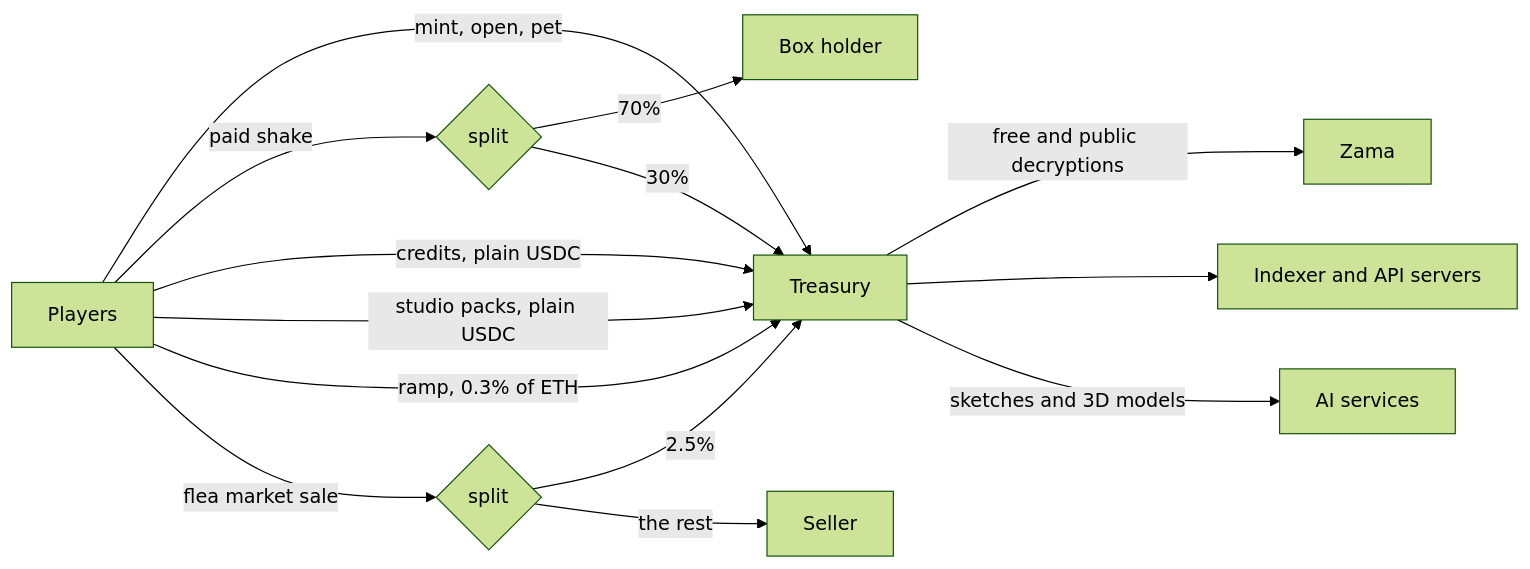
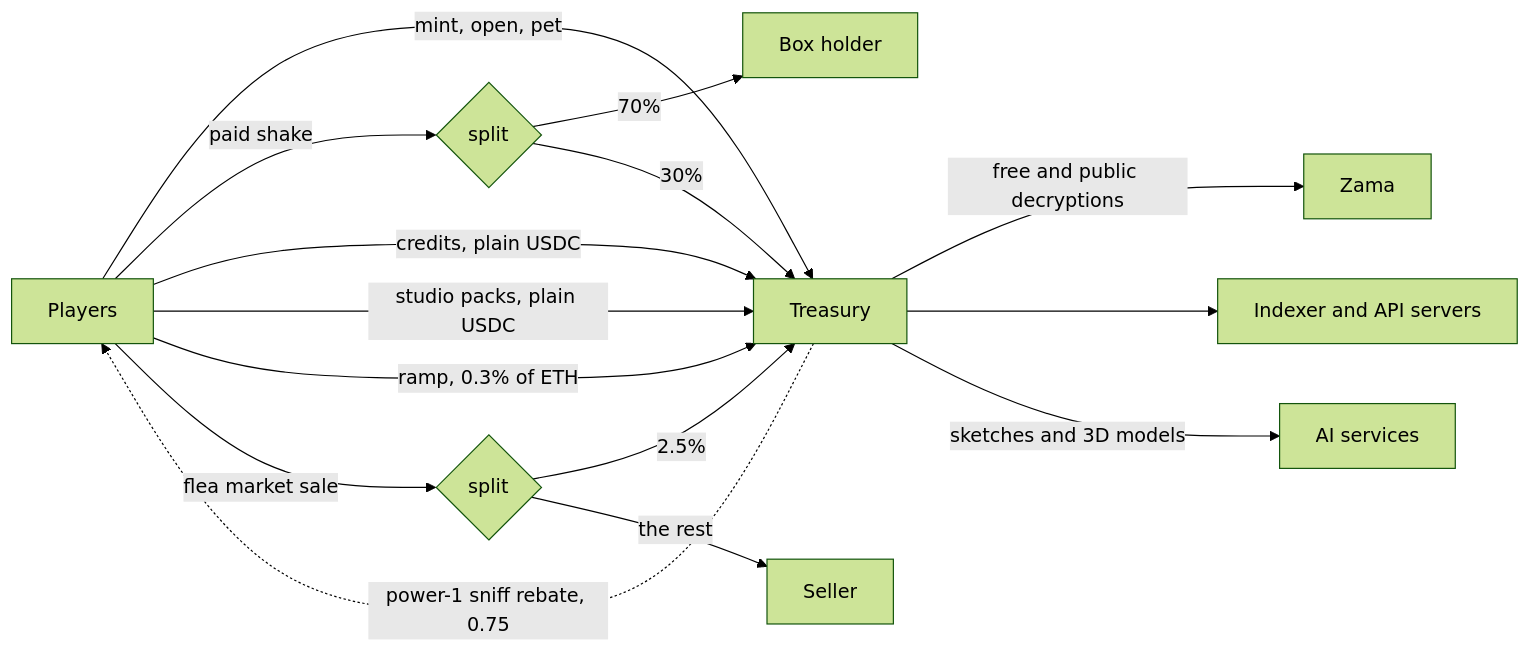
One commit to jecombe/do_not_open changed diagram 33 of 40 in docs/FLOWS.md. Above: the diagram before and after it, drawn with Mermaid (forest theme). The commit also changed other lines of this file and 99 other files, not shown here.

````diff
--- a/docs/FLOWS.md
+++ b/docs/FLOWS.md
@@ -1029,16 +1129,17 @@
 ```mermaid
 flowchart LR
   P[Players] -- "mint, open, pet" --> T[Treasury]
   P -- "paid shake" --> S{split}
   S -- 70% --> H[Box holder]
   S -- 30% --> T
+  T -. "power-1 sniff rebate, 0.75" .-> P
   P -- "credits, plain USDC" --> T
   P -- "studio packs, plain USDC" --> T
   P -- "ramp, 0.3% of ETH" --> T
   P -- "flea market sale" --> F{split}
   F -- "2.5%" --> T
   F -- "the rest" --> SE[Seller]
   T -- "free and public decryptions" --> Z[Zama]
   T --> I[Indexer and API servers]
   T -- "sketches and 3D models" --> AI[AI services]
 ```
````
